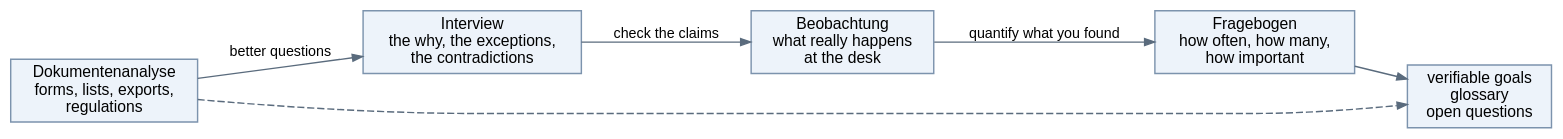
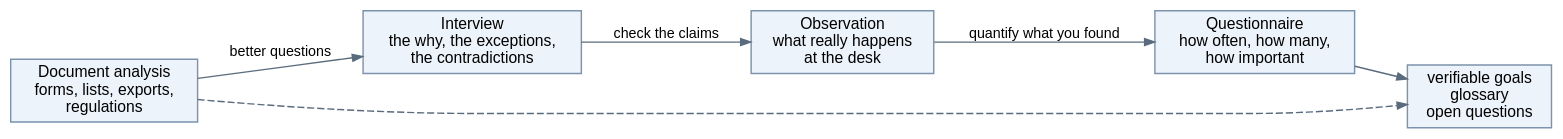
One commit to htl-leonding-college/curriculum-syp3 changed the diagram in modules/governance-requirements-elicitation/index.adoc. Above: the diagram before and after it, drawn with Graphviz. The commit also changed other lines of this file and 28 other files, not shown here.

```diff
--- a/modules/governance-requirements-elicitation/index.adoc
+++ b/modules/governance-requirements-elicitation/index.adoc
@@ -67,22 +67,22 @@
 [graphviz,elicitation-order,svg]
 ----
 digraph order {
   rankdir=LR;
   bgcolor="transparent";
   node [shape=box, style=filled, fillcolor="#EDF3FA", color="#7C93AD",
         fontname="Helvetica", fontsize=11];
   edge [color="#5A6B7D", arrowsize=0.7, fontname="Helvetica", fontsize=10];
 
-  D [label="Dokumentenanalyse\nforms, lists, exports,\nregulations"];
+  D [label="Document analysis\nforms, lists, exports,\nregulations"];
   I [label="Interview\nthe why, the exceptions,\nthe contradictions"];
-  B [label="Beobachtung\nwhat really happens\nat the desk"];
-  F [label="Fragebogen\nhow often, how many,\nhow important"];
+  B [label="Observation\nwhat really happens\nat the desk"];
+  F [label="Questionnaire\nhow often, how many,\nhow important"];
   G [label="verifiable goals\nglossary\nopen questions"];
 
   D -> I [label="better questions"];
   I -> B [label="check the claims"];
   B -> F [label="quantify what you found"];
   F -> G;
   D -> G [style=dashed];
 }
 ----
```
